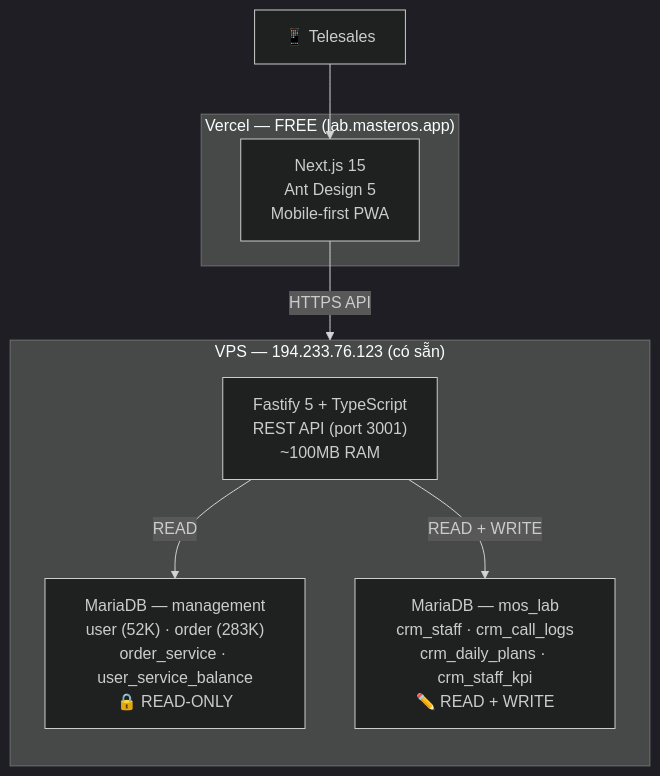
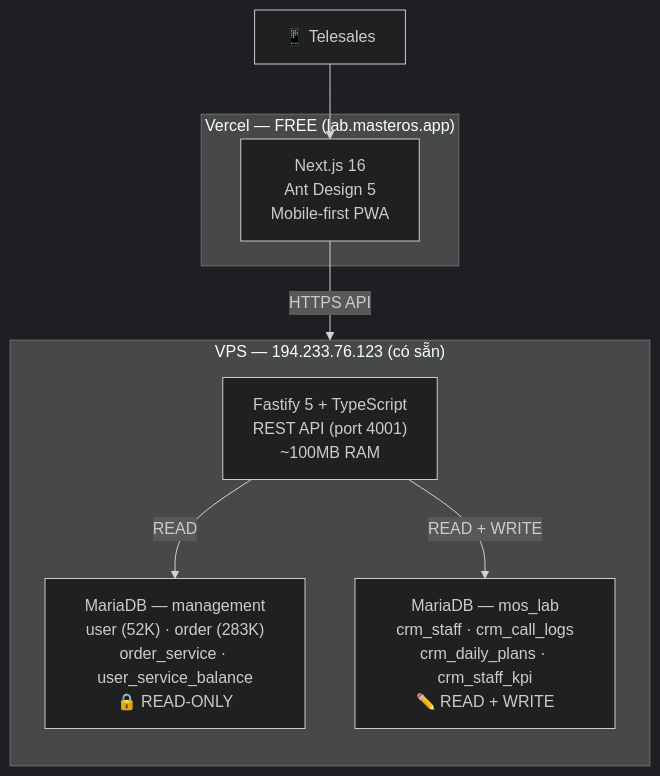
One commit to dannydo/mos-lab changed the second of 2 diagrams in docs/ARCHITECTURE.md. Above: the diagram before and after it, drawn with Mermaid (dark theme). The commit also changed other lines of this file and 18 other files, not shown here.

````diff
--- a/docs/ARCHITECTURE.md
+++ b/docs/ARCHITECTURE.md
@@ -41,22 +41,22 @@
 ```mermaid
 flowchart TB
     subgraph "Vercel — FREE (lab.masteros.app)"
-        NEXT["Next.js 15<br/>Ant Design 5<br/>Mobile-first PWA"]
+        NEXT["Next.js 16<br/>Ant Design 5<br/>Mobile-first PWA"]
     end
 
     subgraph "VPS — 194.233.76.123 (có sẵn)"
         direction TB
 
-        FAST["Fastify 5 + TypeScript<br/>REST API (port 3001)<br/>~100MB RAM"]
+        FAST["Fastify 5 + TypeScript<br/>REST API (port 4001)<br/>~100MB RAM"]
 
         LEGACY["MariaDB — management<br/>user (52K) · order (283K)<br/>order_service · user_service_balance<br/>🔒 READ-ONLY"]
 
         CRM_DB["MariaDB — mos_lab<br/>crm_staff · crm_call_logs<br/>crm_daily_plans · crm_staff_kpi<br/>✏️ READ + WRITE"]
 
         FAST -->|"READ"| LEGACY
         FAST -->|"READ + WRITE"| CRM_DB
     end
 
     NEXT -->|"HTTPS API"| FAST
     TELE["📱 Telesales"] --> NEXT
 ```
````
